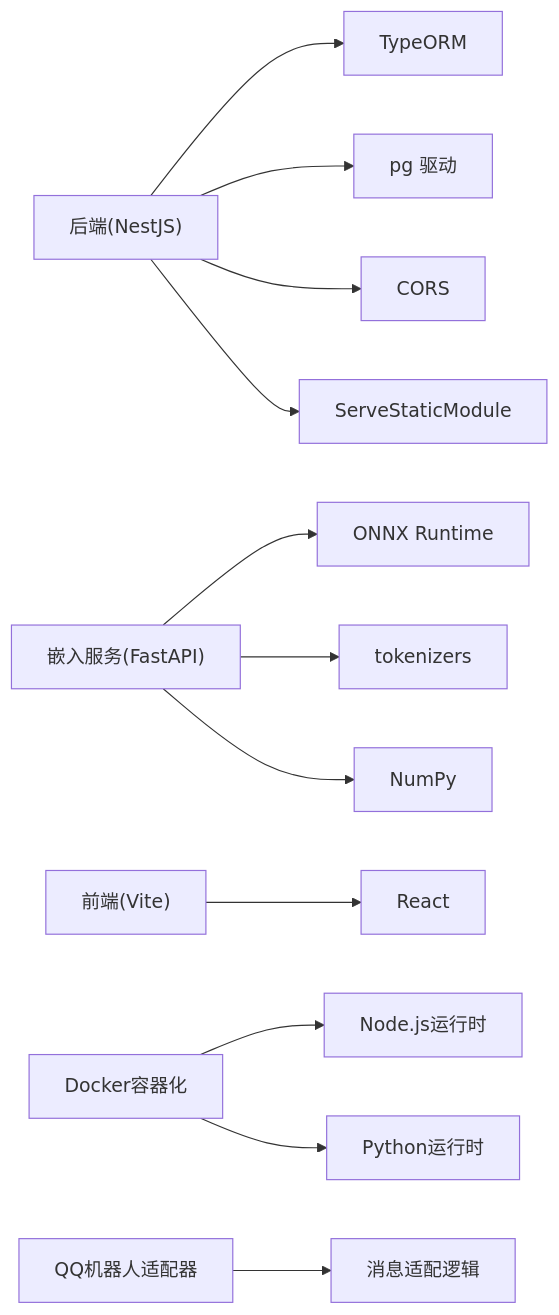
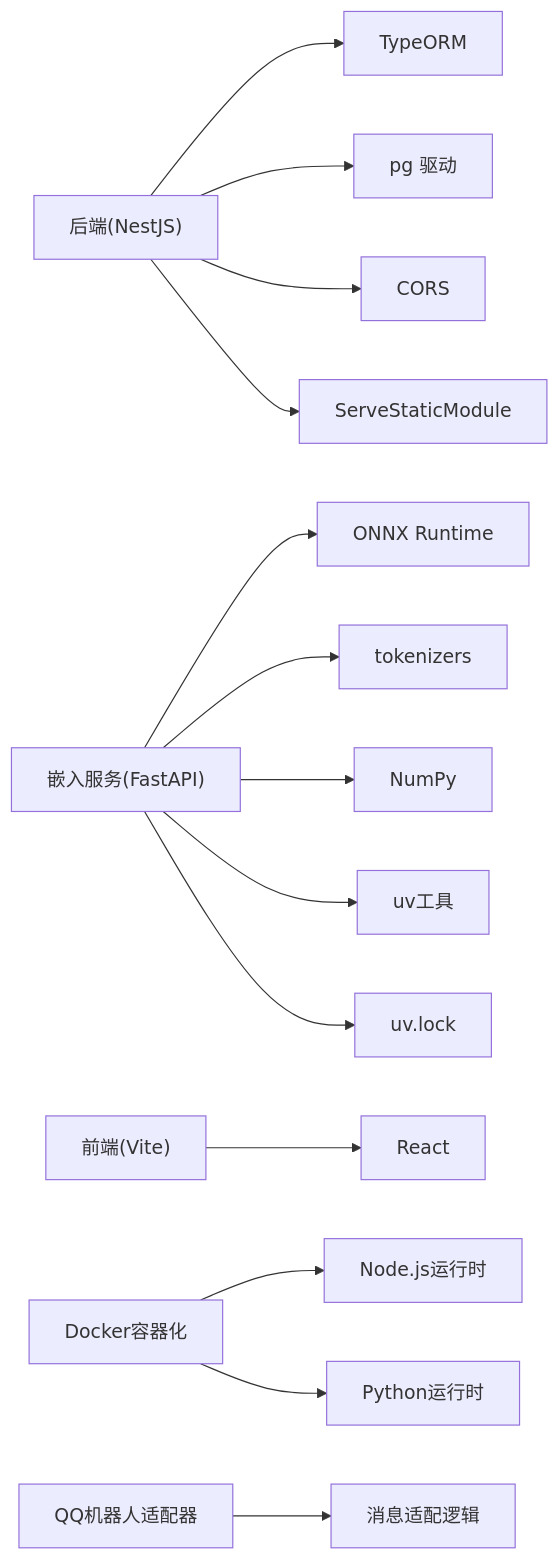
The eighth of 8 diagrams in .qoder/repowiki/zh/content/部署与运维/部署与运维.md (L1mingyoung/ex), drawn with Mermaid before and after one commit. The commit also changed other lines of this file and 14 other files, not shown here.

````diff
--- a/.qoder/repowiki/zh/content/部署与运维/部署与运维.md
+++ b/.qoder/repowiki/zh/content/部署与运维/部署与运维.md
@@ -393,14 +430,16 @@
 ```mermaid
 graph LR
 BE["后端(NestJS)"] --> ORM["TypeORM"]
 BE --> PG["pg 驱动"]
 BE --> CORS["CORS"]
 BE --> STATIC["ServeStaticModule"]
 ES["嵌入服务(FastAPI)"] --> ORT["ONNX Runtime"]
 ES --> TOK["tokenizers"]
 ES --> NUMPY["NumPy"]
+ES --> UV["uv工具"]
+ES --> UVLOCK["uv.lock"]
 FE["前端(Vite)"] --> REACT["React"]
 Docker["Docker容器化"] --> Node["Node.js运行时"]
 Docker --> Python["Python运行时"]
 QQBot["QQ机器人适配器"] --> Adapter["消息适配逻辑"]
 ```
````
